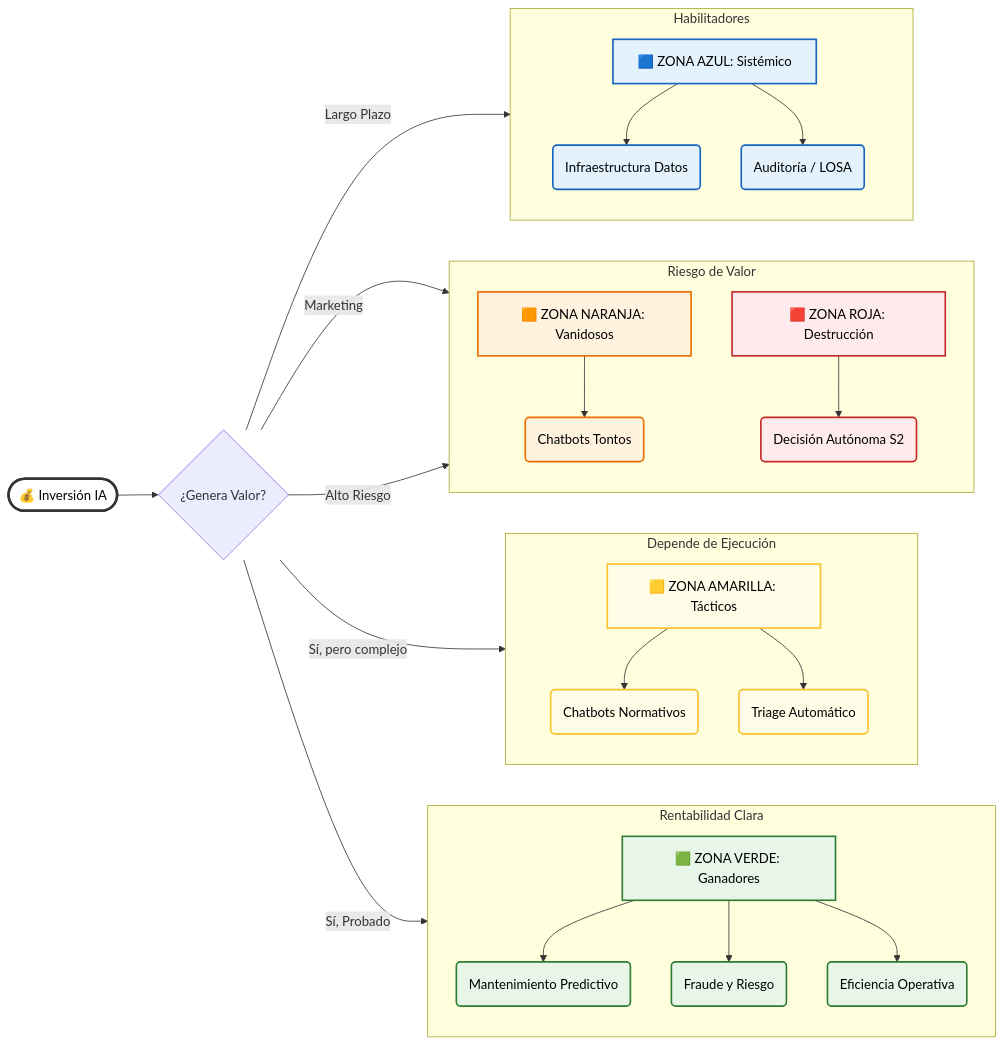
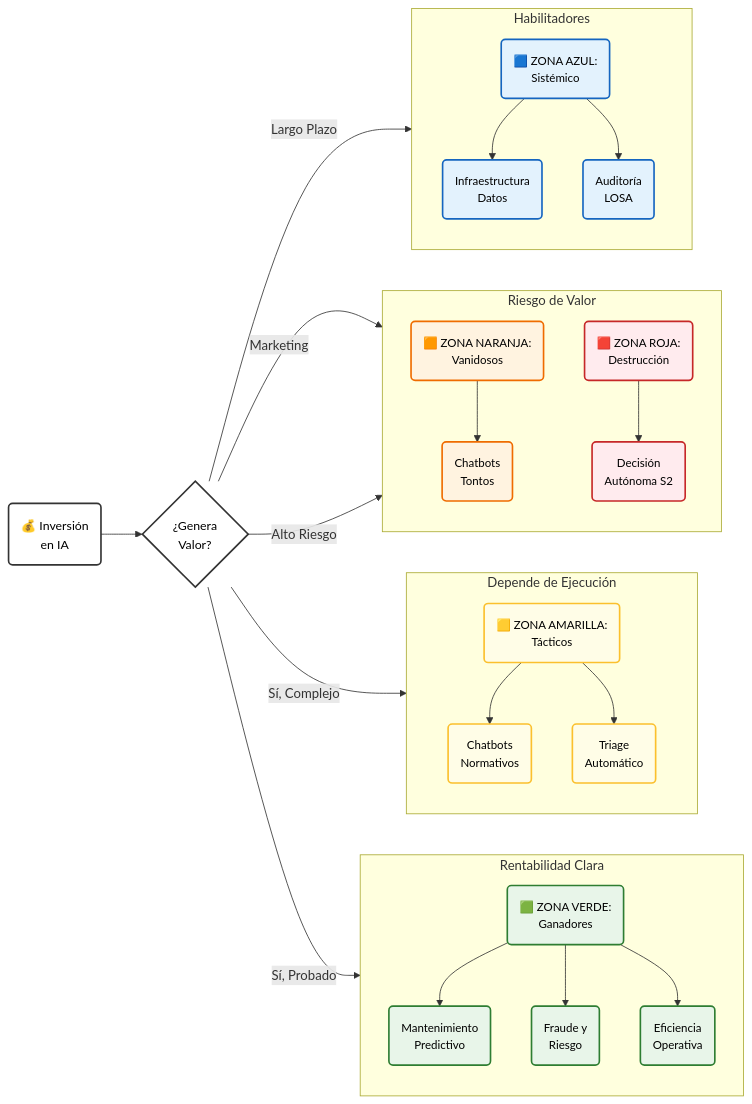
The diagram in docs/guias/12-ROI-Financiero.md (jccarvajal/Arquitectura-IA), drawn with Mermaid before and after one commit.

````diff
--- a/docs/guias/12-ROI-Financiero.md
+++ b/docs/guias/12-ROI-Financiero.md
@@ -15,56 +15,53 @@
 ```mermaid
 graph LR
-    Invest([💰 Inversión IA]) --> Evaluacion{¿Genera Valor?}
+    %% ESTILOS (Alto Contraste + Fuente 14px/15px)
+    classDef base fill:#ffffff,stroke:#333,stroke-width:2px,color:#000,font-size:15px;
+    classDef green fill:#e8f5e9,stroke:#2e7d32,stroke-width:2px,color:#000,font-size:14px;
+    classDef yellow fill:#fffde7,stroke:#fbc02d,stroke-width:2px,color:#000,font-size:14px;
+    classDef orange fill:#fff3e0,stroke:#ef6c00,stroke-width:2px,color:#000,font-size:14px;
+    classDef red fill:#ffebee,stroke:#c62828,stroke-width:2px,color:#000,font-size:14px;
+    classDef blue fill:#e3f2fd,stroke:#1565c0,stroke-width:2px,color:#000,font-size:14px;
+
+    %% INICIO
+    Invest(💰 Inversión<br/>en IA) --> Evaluacion{¿Genera<br/>Valor?}
+    class Invest,Evaluacion base;
 
     %% ZONA VERDE
-    Evaluacion -->|Sí, Probado| Green[🟩 ZONA VERDE: Ganadores]
+    Evaluacion -->|Sí, Probado| Green(🟩 ZONA VERDE:<br/>Ganadores)
     subgraph Z_Green [Rentabilidad Clara]
         direction TB
-        Green --> G1(Mantenimiento Predictivo)
-        Green --> G2(Fraude y Riesgo)
-        Green --> G3(Eficiencia Operativa)
+        Green --> G1(Mantenimiento<br/>Predictivo)
+        Green --> G2(Fraude y<br/>Riesgo)
+        Green --> G3(Eficiencia<br/>Operativa)
     end
+    class Green,G1,G2,G3 green;
 
     %% ZONA AMARILLA
-    Evaluacion -->|Sí, pero complejo| Yellow[🟨 ZONA AMARILLA: Tácticos]
+    Evaluacion -->|Sí, Complejo| Yellow(🟨 ZONA AMARILLA:<br/>Tácticos)
     subgraph Z_Yellow [Depende de Ejecución]
         direction TB
-        Yellow --> Y1(Chatbots Normativos)
-        Yellow --> Y2(Triage Automático)
+        Yellow --> Y1(Chatbots<br/>Normativos)
+        Yellow --> Y2(Triage<br/>Automático)
     end
+    class Yellow,Y1,Y2 yellow;
 
-    %% ZONA NARANJA Y ROJA
-    Evaluacion -->|Marketing| Orange[🟧 ZONA NARANJA: Vanidosos]
-    Evaluacion -->|Alto Riesgo| Red[🟥 ZONA ROJA: Destrucción]
-
+    %% RIESGOS
+    Evaluacion -->|Marketing| Orange(🟧 ZONA NARANJA:<br/>Vanidosos)
+    Evaluacion -->|Alto Riesgo| Red(🟥 ZONA ROJA:<br/>Destrucción)
     subgraph Z_Risk [Riesgo de Valor]
         direction TB
-        Orange --> O1(Chatbots Tontos)
-        Red --> R1(Decisión Autónoma S2)
+        Orange --> O1(Chatbots<br/>Tontos)
+        Red --> R1(Decisión<br/>Autónoma S2)
     end
+    class Orange,O1 orange;
+    class Red,R1 red;
 
-    %% ZONA AZUL
-    Evaluacion -->|Largo Plazo| Blue[🟦 ZONA AZUL: Sistémico]
+    %% AZUL
+    Evaluacion -->|Largo Plazo| Blue(🟦 ZONA AZUL:<br/>Sistémico)
     subgraph Z_Blue [Habilitadores]
         direction TB
-        Blue --> B1(Infraestructura Datos)
-        Blue --> B2(Auditoría / LOSA)
+        Blue --> B1(Infraestructura<br/>Datos)
+        Blue --> B2(Auditoría<br/>LOSA)
     end
-
-    %% ESTILOS CORREGIDOS (Fondo claro para todos para asegurar contraste)
-    classDef green fill:#e8f5e9,stroke:#2e7d32,stroke-width:2px,color:#000;
-    classDef yellow fill:#fffde7,stroke:#fbc02d,stroke-width:2px,color:#000;
-    classDef orange fill:#fff3e0,stroke:#ef6c00,stroke-width:2px,color:#000;
-    classDef red fill:#ffebee,stroke:#c62828,stroke-width:2px,color:#000;
-    classDef blue fill:#e3f2fd,stroke:#1565c0,stroke-width:2px,color:#000;
-    
-    %% ESTILO DEL NODO INICIO (CAMBIADO: Fondo blanco, borde negro, texto negro)
-    classDef base fill:#ffffff,stroke:#333,stroke-width:3px,color:#000;
-
-    class Green,G1,G2,G3 green;
-    class Yellow,Y1,Y2 yellow;
-    class Orange,O1 orange;
-    class Red,R1 red;
     class Blue,B1,B2 blue;
-    class Invest base; 
 ```
````
